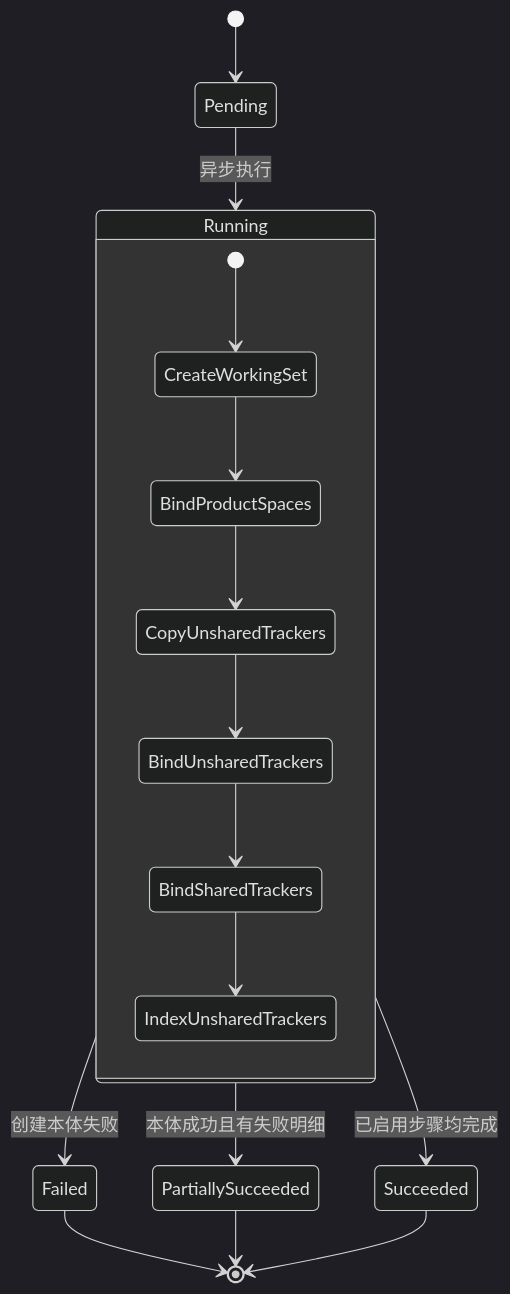
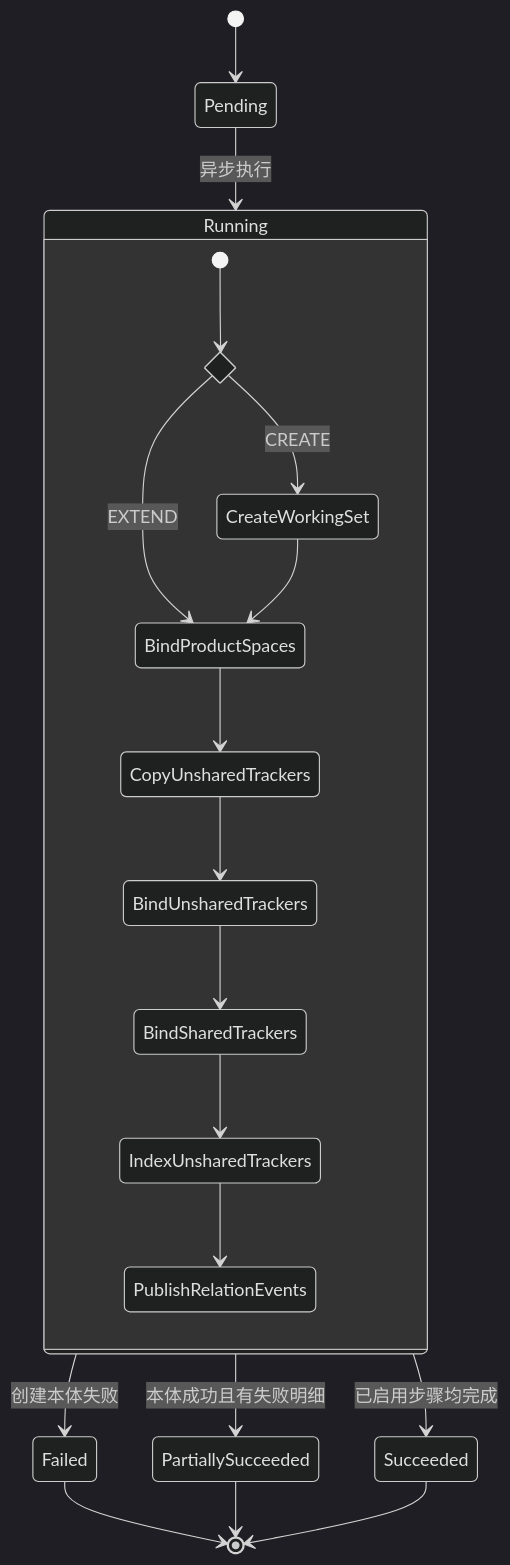
Before and after one commit to Greytrack/ddd-workingset: the diagram in docs/working-set/diagrams/working-set-creation-lro.md, drawn with Mermaid (dark theme). The commit also changed other lines of this file and 26 other files, not shown here.

First line of the commit message:
docs(工作集) 收敛历史实施文档并整理 schema 与前端样式

````diff
--- a/docs/working-set/diagrams/working-set-creation-lro.md
+++ b/docs/working-set/diagrams/working-set-creation-lro.md
@@ -5,19 +5,23 @@
 ```mermaid
 stateDiagram-v2
     [*] --> Pending
     Pending --> Running: 异步执行
     state Running {
-        [*] --> CreateWorkingSet
+        state Mode <<choice>>
+        [*] --> Mode
+        Mode --> CreateWorkingSet: CREATE
+        Mode --> BindProductSpaces: EXTEND
         CreateWorkingSet --> BindProductSpaces
         BindProductSpaces --> CopyUnsharedTrackers
         CopyUnsharedTrackers --> BindUnsharedTrackers
         BindUnsharedTrackers --> BindSharedTrackers
         BindSharedTrackers --> IndexUnsharedTrackers
+        IndexUnsharedTrackers --> PublishRelationEvents
     }
     Running --> Failed: 创建本体失败
     Running --> PartiallySucceeded: 本体成功且有失败明细
     Running --> Succeeded: 已启用步骤均完成
     Failed --> [*]
     PartiallySucceeded --> [*]
     Succeeded --> [*]
 ```
````
